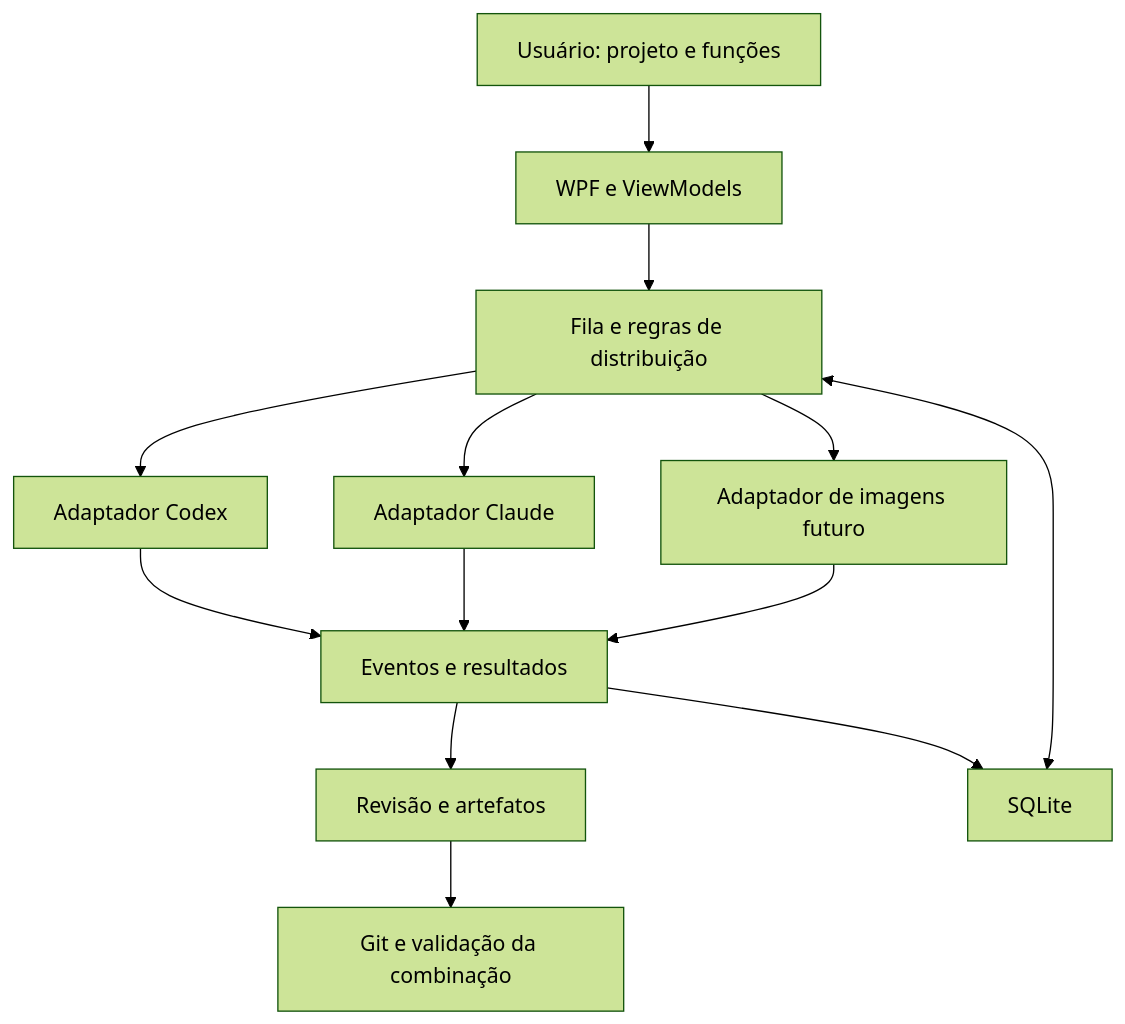
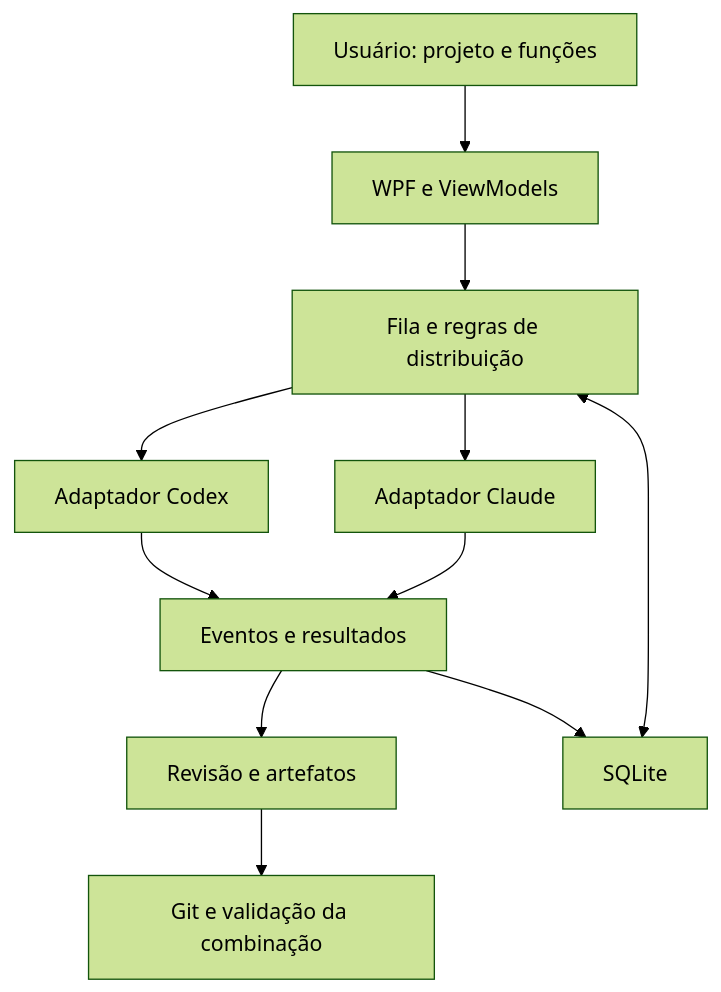
One commit to pedromeireles23/sintonia changed the diagram in ARCHITECTURE.md. Above: the diagram before and after it, drawn with Mermaid (forest theme). The commit also changed other lines of this file and 9 other files, not shown here.

````diff
--- a/ARCHITECTURE.md
+++ b/ARCHITECTURE.md
@@ -62,15 +64,13 @@
 ```mermaid
 flowchart TD
     U[Usuário: projeto e funções] --> UI[WPF e ViewModels]
     UI --> Q[Fila e regras de distribuição]
     Q --> C[Adaptador Codex]
     Q --> L[Adaptador Claude]
-    Q --> I[Adaptador de imagens futuro]
     C --> E[Eventos e resultados]
     L --> E
-    I --> E
     E --> R[Revisão e artefatos]
     R --> G[Git e validação da combinação]
     Q <--> DB[SQLite]
     E --> DB
 ```
````
